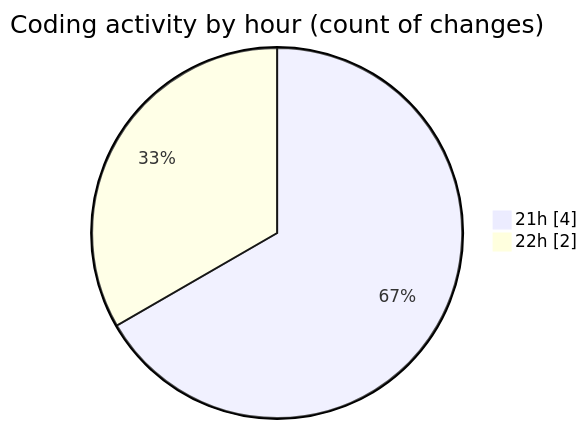
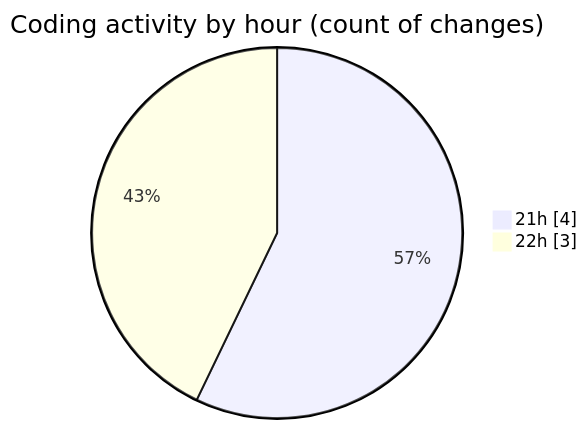
Before and after one commit to robertbonfada/code-tracking: the second of 2 diagrams in 2025-03-03/termonied_testador/README.md, drawn with Mermaid. The commit also changed other lines of this file and 1 other file, not shown here.

````diff
--- a/2025-03-03/termonied_testador/README.md
+++ b/2025-03-03/termonied_testador/README.md
@@ -32,6 +32,6 @@
 ```mermaid
 pie showData
 title Coding activity by hour (count of changes)
 "21h" : 4
-"22h" : 2
+"22h" : 3
 ```
````
